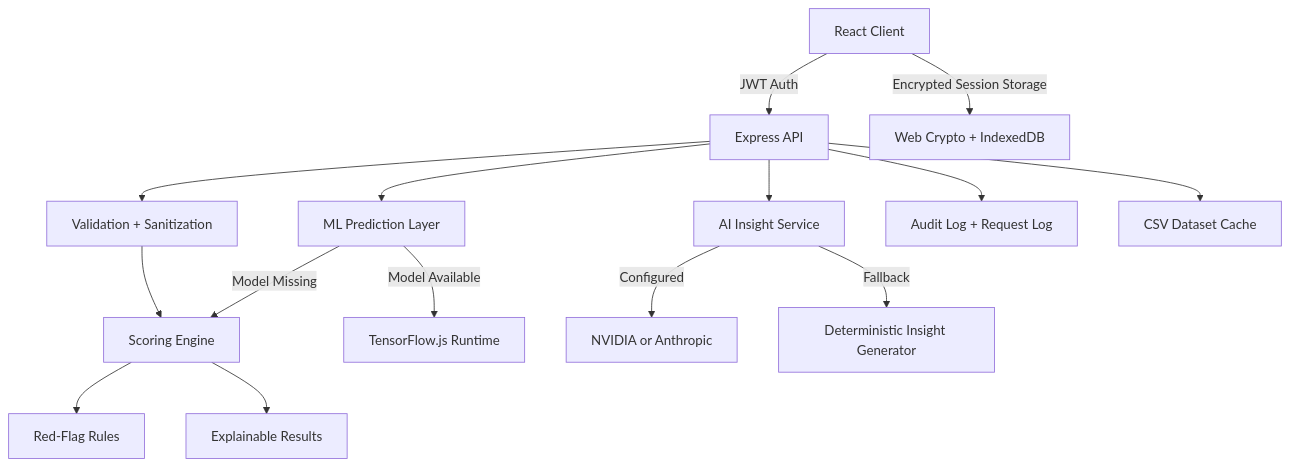
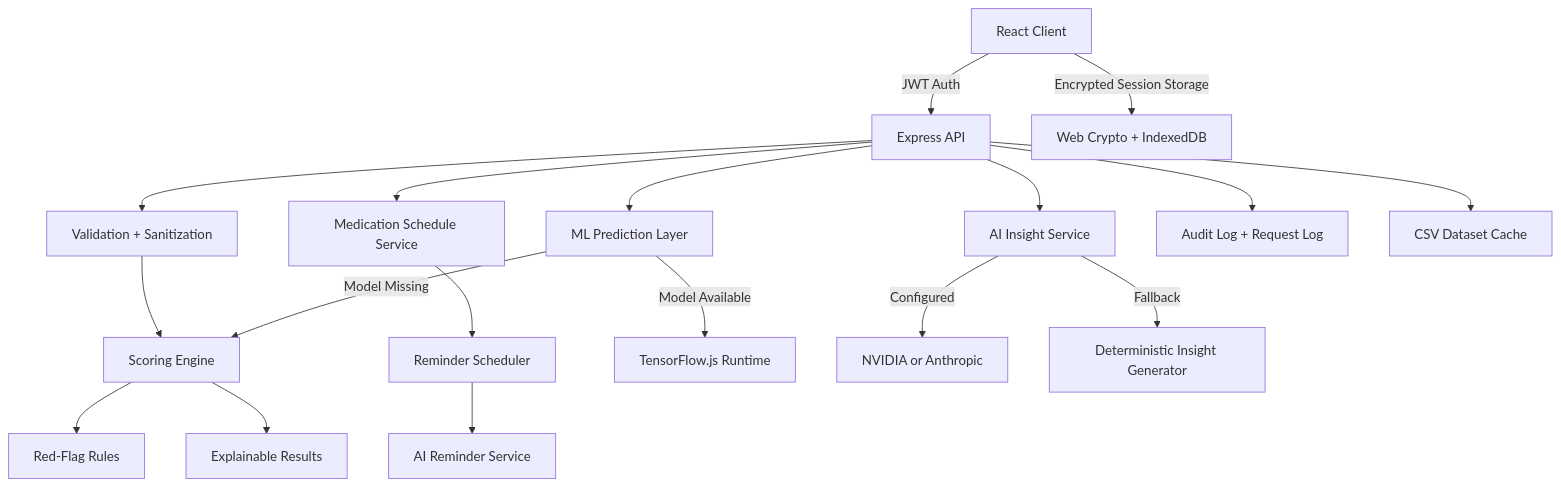
One commit to Romil157/SymptomSense changed the diagram in README.md. Above: the diagram before and after it, drawn with Mermaid. The commit also changed other lines of this file and 38 other files, not shown here.

````diff
--- a/README.md
+++ b/README.md
@@ -33,17 +37,20 @@
 ```mermaid
 flowchart TD
     A[React Client] -->|JWT Auth| B[Express API]
     A -->|Encrypted Session Storage| C[Web Crypto + IndexedDB]
     B --> D[Validation + Sanitization]
     D --> E[Scoring Engine]
     E --> F[Red-Flag Rules]
     E --> G[Explainable Results]
+    B --> O[Medication Schedule Service]
+    O --> P[Reminder Scheduler]
+    P --> Q[AI Reminder Service]
     B --> H[ML Prediction Layer]
     H -->|Model Available| I[TensorFlow.js Runtime]
     H -->|Model Missing| E
     B --> J[AI Insight Service]
     J -->|Configured| K[NVIDIA or Anthropic]
     J -->|Fallback| L[Deterministic Insight Generator]
     B --> M[Audit Log + Request Log]
     B --> N[CSV Dataset Cache]
 ```
````
